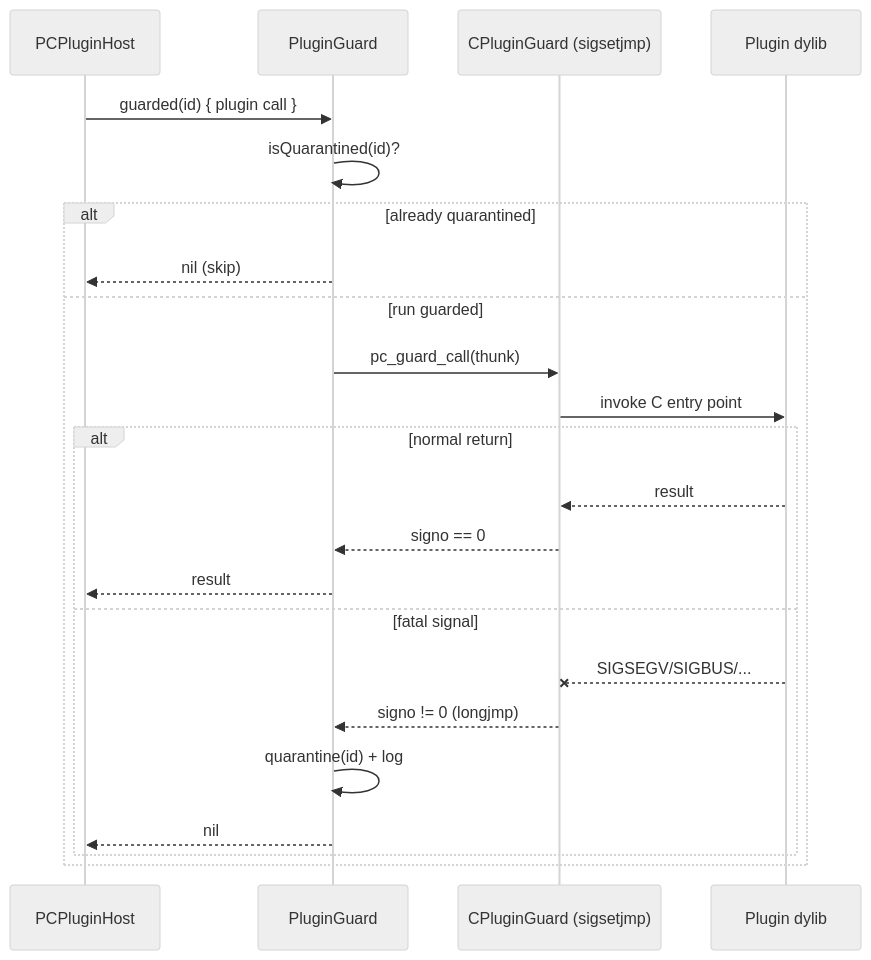
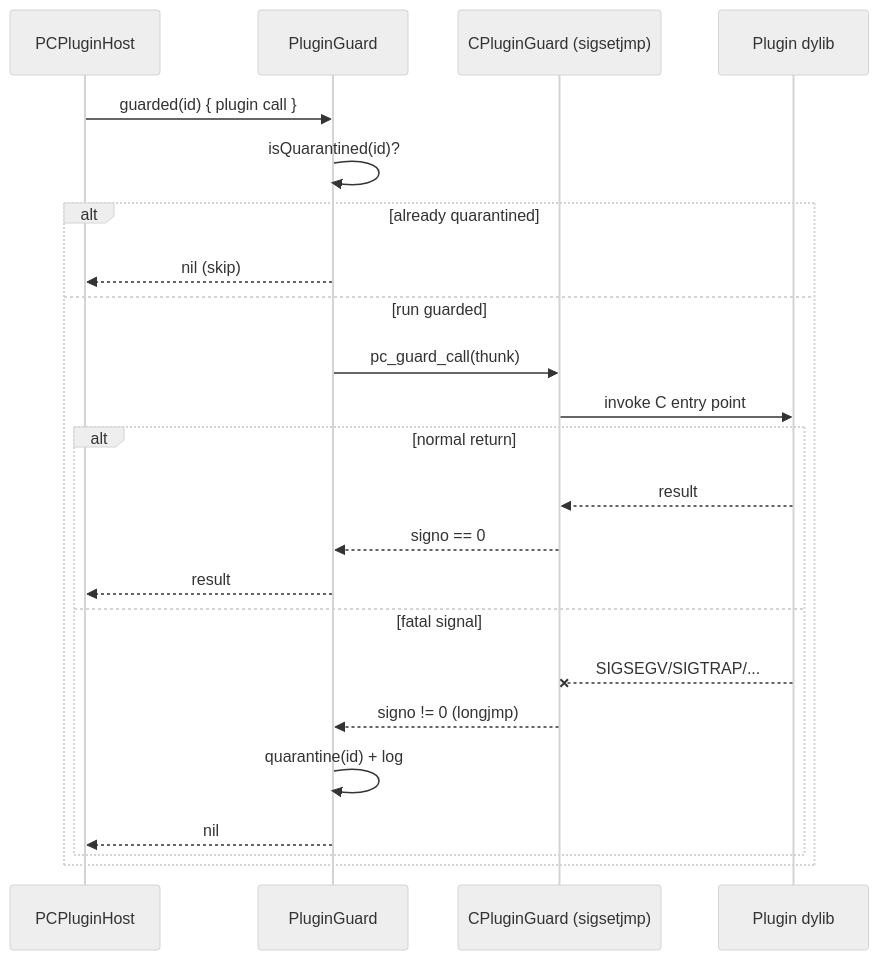
One commit to hkiam/PeachCommander changed the third of 3 diagrams in docs/content/architecture/arch-security.md. Above: the diagram before and after it, drawn with Mermaid (neutral theme). The commit also changed other lines of this file and 5 other files, not shown here.

````diff
--- a/docs/content/architecture/arch-security.md
+++ b/docs/content/architecture/arch-security.md
@@ -207,25 +209,25 @@
 ```mermaid
 sequenceDiagram
     participant Host as PCPluginHost
     participant Guard as PluginGuard
     participant Shim as CPluginGuard (sigsetjmp)
     participant Plugin as Plugin dylib
     Host->>Guard: guarded(id) { plugin call }
     Guard->>Guard: isQuarantined(id)?
     alt already quarantined
         Guard-->>Host: nil (skip)
     else run guarded
         Guard->>Shim: pc_guard_call(thunk)
         Shim->>Plugin: invoke C entry point
         alt normal return
             Plugin-->>Shim: result
             Shim-->>Guard: signo == 0
             Guard-->>Host: result
         else fatal signal
-            Plugin--xShim: SIGSEGV/SIGBUS/...
+            Plugin--xShim: SIGSEGV/SIGTRAP/...
             Shim-->>Guard: signo != 0 (longjmp)
             Guard->>Guard: quarantine(id) + log
             Guard-->>Host: nil
         end
     end
 ```
````
